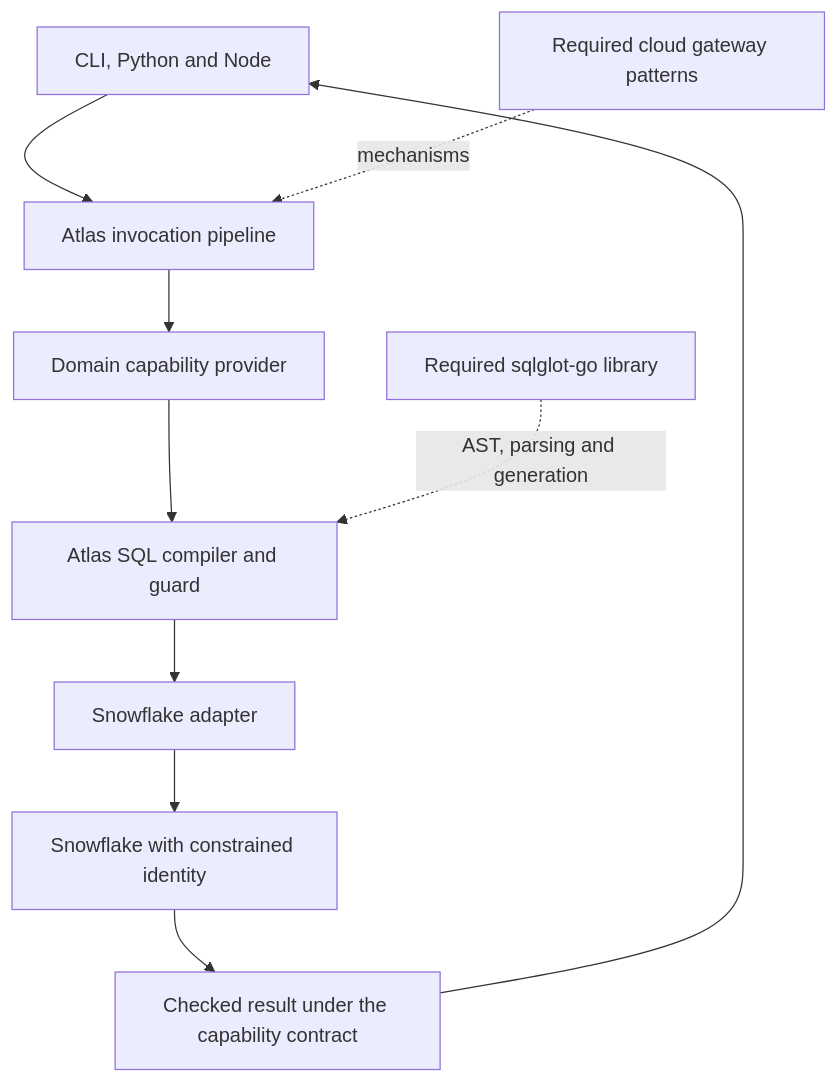
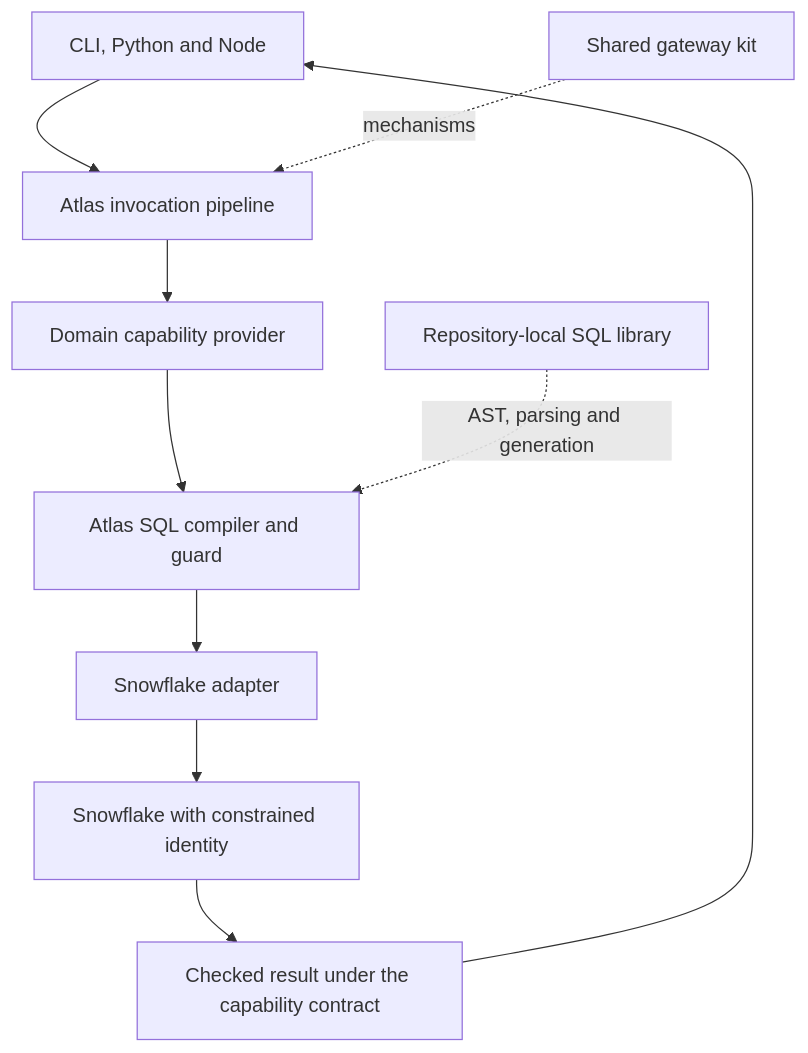
Before and after one commit to cottrellashley/atlas-skeleton: the diagram in docs/source/atlas-spec/review/INTEGRATIONS.md, drawn with Mermaid. The commit also changed other lines of this file and 506 other files, not shown here.

````diff
--- a/docs/source/atlas-spec/review/INTEGRATIONS.md
+++ b/docs/source/atlas-spec/review/INTEGRATIONS.md
@@ -20,12 +18,12 @@
 ```mermaid
 flowchart TD
   Clients[CLI, Python and Node] --> Invoke[Atlas invocation pipeline]
-  Patterns[Required cloud gateway patterns] -. mechanisms .-> Invoke
+  Patterns[Shared gateway kit] -. mechanisms .-> Invoke
   Invoke --> Provider[Domain capability provider]
   Provider --> Compiler[Atlas SQL compiler and guard]
-  SQL[Required sqlglot-go library] -. AST, parsing and generation .-> Compiler
+  SQL[Repository-local SQL library] -. AST, parsing and generation .-> Compiler
   Compiler --> Adapter[Snowflake adapter]
   Adapter --> Source[Snowflake with constrained identity]
   Source --> Result[Checked result under the capability contract]
   Result --> Clients
 ```
````
